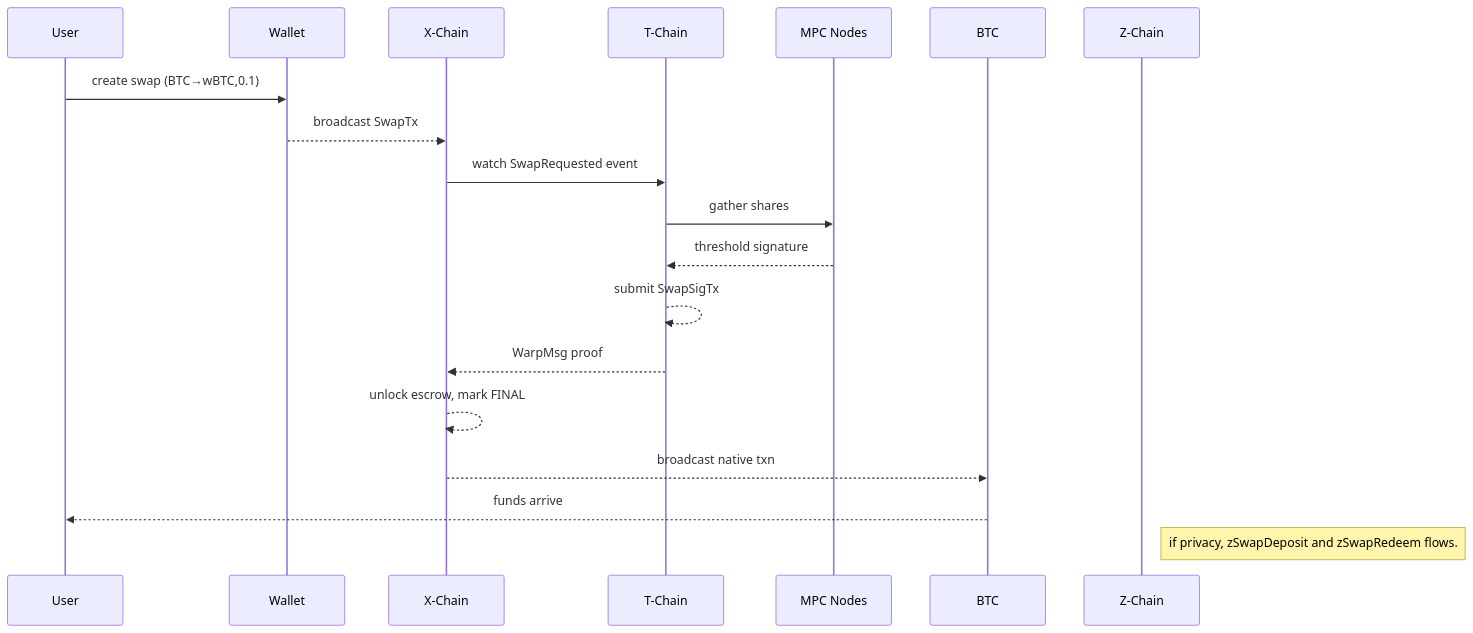
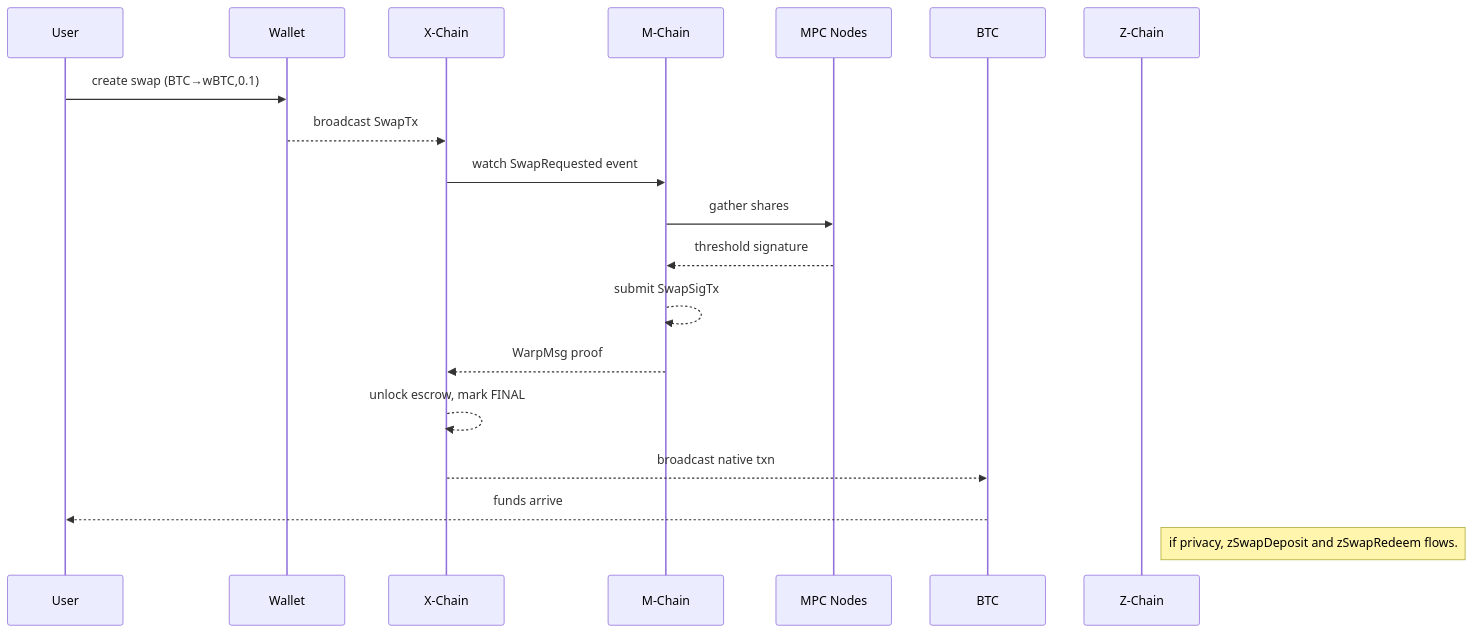
One commit to luxfi/LPs changed the first of 2 diagrams in LPs/lp-1137-native-swap-integration-on-t-chain-x-chain-and-z-chain.md. Above: the diagram before and after it, drawn with Mermaid. The commit also changed other lines of this file and 10 other files, not shown here.

````diff
--- a/LPs/lp-1137-native-swap-integration-on-t-chain-x-chain-and-z-chain.md
+++ b/LPs/lp-1137-native-swap-integration-on-t-chain-x-chain-and-z-chain.md
@@ -123,15 +125,15 @@
 ```mermaid
 sequenceDiagram
     User->>Wallet: create swap (BTC→wBTC,0.1)
     Wallet-->>X-Chain: broadcast SwapTx
-    X-Chain->>T-Chain: watch SwapRequested event
-    T-Chain->>MPC Nodes: gather shares
-    MPC Nodes-->>T-Chain: threshold signature
-    T-Chain-->>T-Chain: submit SwapSigTx
-    T-Chain-->>X-Chain: WarpMsg proof
+    X-Chain->>M-Chain: watch SwapRequested event
+    M-Chain->>MPC Nodes: gather shares
+    MPC Nodes-->>M-Chain: threshold signature
+    M-Chain-->>M-Chain: submit SwapSigTx
+    M-Chain-->>X-Chain: WarpMsg proof
     X-Chain-->>X-Chain: unlock escrow, mark FINAL
     X-Chain-->>BTC: broadcast native txn
     BTC-->>User: funds arrive
 
     Note right of Z-Chain: if privacy, zSwapDeposit and zSwapRedeem flows.
 ```
````
